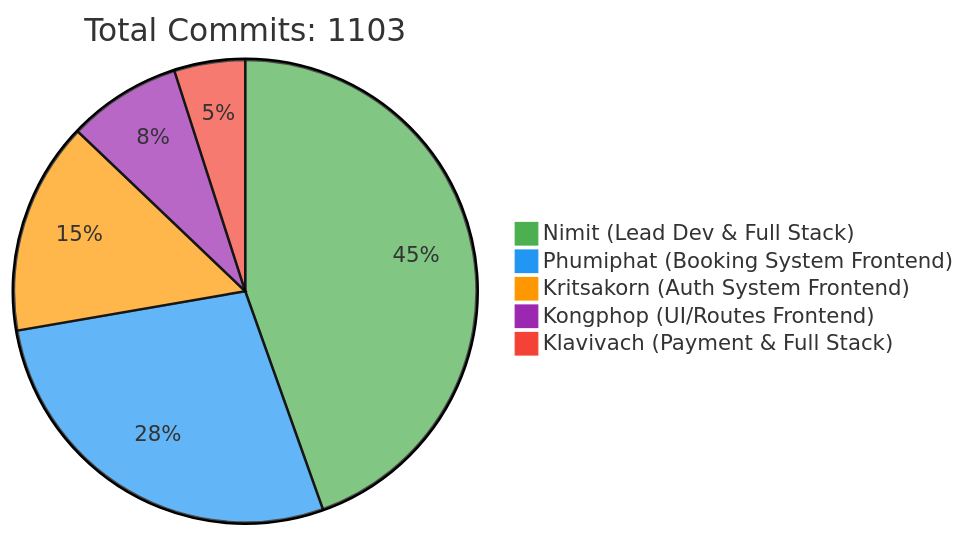
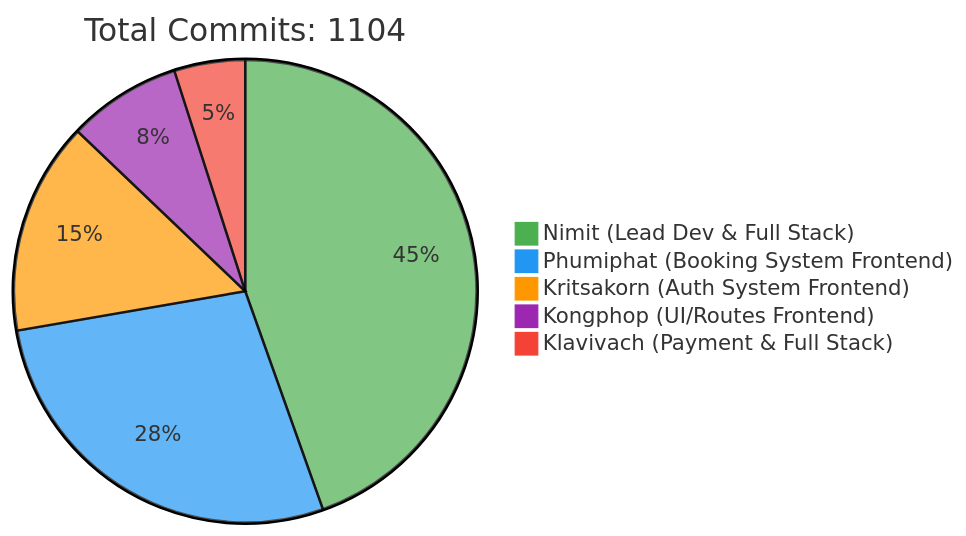
One commit to 6531503042/Sport-Complex changed the first of 2 diagrams in README.md. Above: the diagram before and after it, drawn with Mermaid. The commit also changed other lines of this file, not shown here.

Commit message:
docs: Update contributor statistics [skip ci]

````diff
--- a/README.md
+++ b/README.md
@@ -257,10 +257,10 @@
 ```mermaid
 %%{init: {'theme': 'base', 'themeVariables': { 'pie1': '#4CAF50', 'pie2': '#2196F3', 'pie3': '#FF9800', 'pie4': '#9C27B0', 'pie5': '#F44336'}}}%%
 pie
-    title Total Commits: 1103
+    title Total Commits: 1104
     "Nimit (Lead Dev & Full Stack)" : 450
     "Phumiphat (Booking System Frontend)" : 280
     "Kritsakorn (Auth System Frontend)" : 150
     "Kongphop (UI/Routes Frontend)" : 80
     "Klavivach (Payment & Full Stack)" : 50
 ```
````
